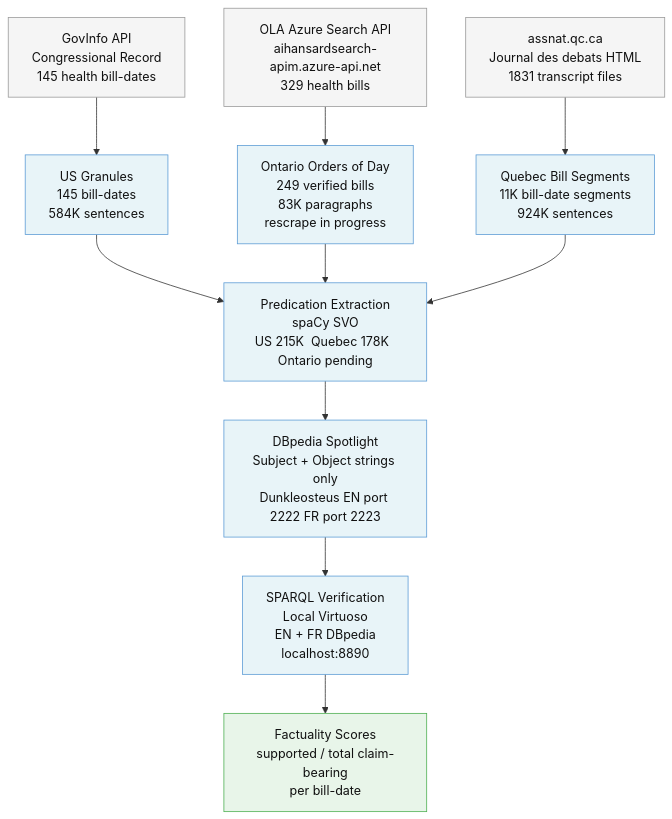
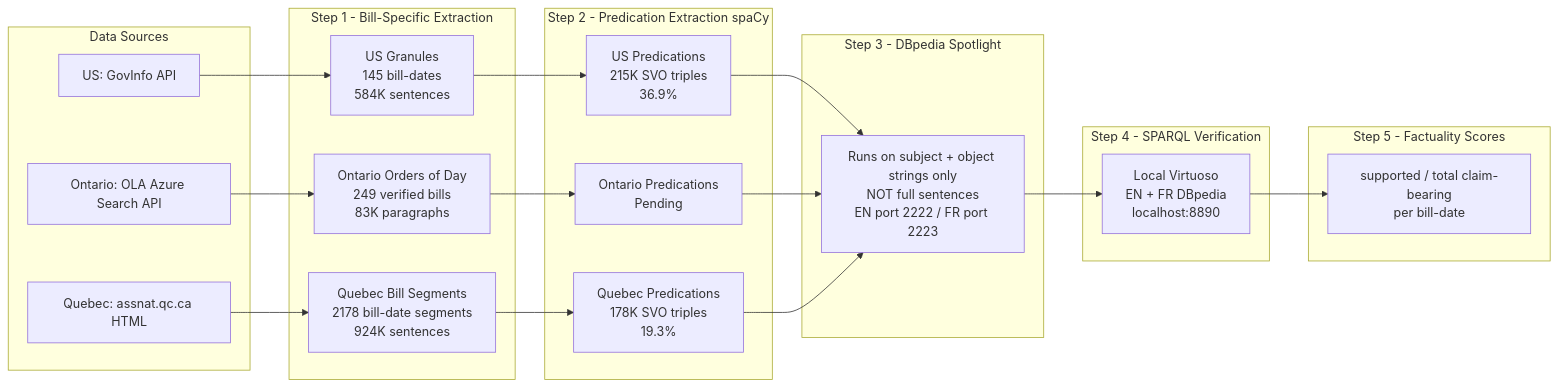
The diagram in README.md (capriceculkin/legislative-health-factuality), drawn with Mermaid before and after one commit. The commit also changed other lines of this file, not shown here.

````diff
--- a/README.md
+++ b/README.md
@@ -19,30 +13,53 @@
 ```mermaid
-flowchart TD
-    classDef source fill:#f5f5f5,stroke:#999,color:#111
-    classDef process fill:#e8f4f8,stroke:#5b9bd5,color:#111
-    classDef output fill:#e8f5e9,stroke:#4caf50,color:#111
+flowchart LR
+    subgraph sources[Data Sources]
+        A[US: GovInfo API]
+        B[Ontario: OLA Azure Search API]
+        C[Quebec: assnat.qc.ca HTML]
+    end
 
-    US_SRC["GovInfo API\nCongressional Record\n145 health bill-dates"]:::source
-    ON_SRC["OLA Azure Search API\naihansardsearch-apim.azure-api.net\n329 health bills"]:::source
-    QC_SRC["assnat.qc.ca\nJournal des debats HTML\n1831 transcript files"]:::source
+    subgraph extract[Step 1 - Bill-Specific Extraction]
+        D[US Granules
+145 bill-dates
+584K sentences]
+        E[Ontario Orders of Day
+249 verified bills
+83K paragraphs]
+        F[Quebec Bill Segments
+2178 bill-date segments
+924K sentences]
+    end
 
-    US_EXT["US Granules\n145 bill-dates\n584K sentences"]:::process
-    ON_EXT["Ontario Orders of Day\n249 verified bills\n83K paragraphs\nrescrape in progress"]:::process
-    QC_EXT["Quebec Bill Segments\n11K bill-date segments\n924K sentences"]:::process
+    subgraph v2[Step 2 - Predication Extraction spaCy]
+        G[US Predications
+215K SVO triples
+36.9%]
+        H[Ontario Predications
+Pending]
+        I[Quebec Predications
+178K SVO triples
+19.3%]
+    end
 
-    PRED["Predication Extraction\nspaCy SVO\nUS 215K  Quebec 178K  Ontario pending"]:::process
+    subgraph spotlight[Step 3 - DBpedia Spotlight]
+        J[Runs on subject + object strings only
+NOT full sentences
+EN port 2222 / FR port 2223]
+    end
 
-    SPOT["DBpedia Spotlight\nSubject + Object strings only\nDunkleosteus EN port 2222 FR port 2223"]:::process
+    subgraph sparql[Step 4 - SPARQL Verification]
+        K[Local Virtuoso
+EN + FR DBpedia
+localhost:8890]
+    end
 
-    SPARQL["SPARQL Verification\nLocal Virtuoso\nEN + FR DBpedia\nlocalhost:8890"]:::process
+    subgraph scores[Step 5 - Factuality Scores]
+        L[supported / total claim-bearing
+per bill-date]
+    end
 
-    SCORES["Factuality Scores\nsupported / total claim-bearing\nper bill-date"]:::output
-
-    US_SRC --> US_EXT
-    ON_SRC --> ON_EXT
-    QC_SRC --> QC_EXT
-    US_EXT --> PRED
-    ON_EXT --> PRED
-    QC_EXT --> PRED
-    PRED --> SPOT --> SPARQL --> SCORES
+    A --> D --> G --> J
+    B --> E --> H --> J
+    C --> F --> I --> J
+    J --> K --> L
 ```
````
